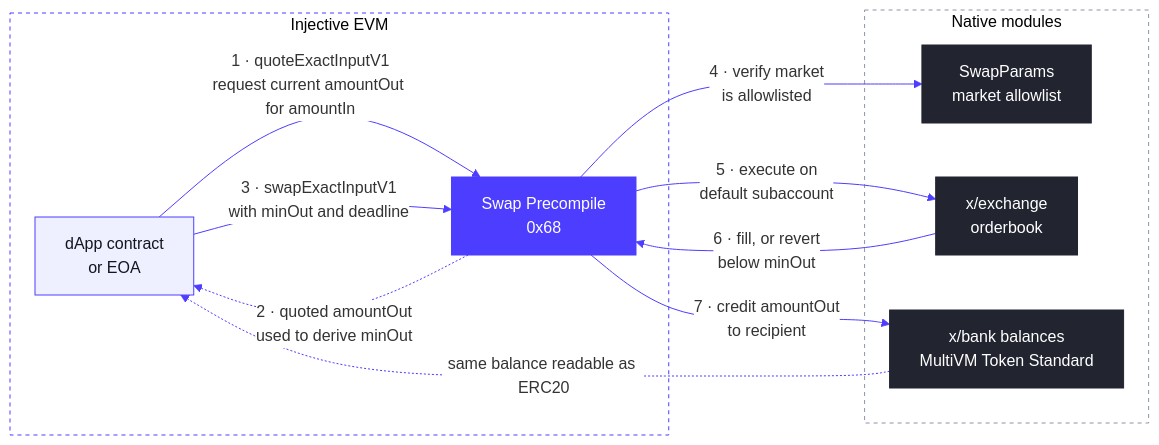
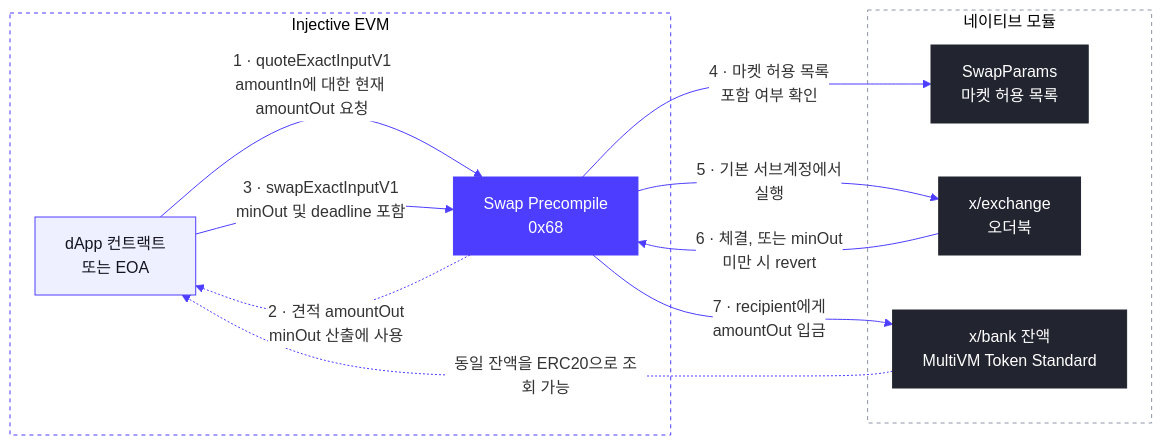
One commit to InjectiveLabs/injective-docs changed the diagram in .gitbook/ko/developers-evm/swap-precompile.mdx. Above: the diagram before and after it, drawn with Mermaid. The commit also changed other lines of this file and 2 other files, not shown here.

Commit message:
docs: translate swap precompile rollout banner and localnet demo note (zh-Hans, ko, jp)

````diff
--- a/.gitbook/ko/developers-evm/swap-precompile.mdx
+++ b/.gitbook/ko/developers-evm/swap-precompile.mdx
@@ -16,30 +20,30 @@
 ```mermaid
 %%{init: {"theme": "base", "themeVariables": {"background": "#FFFFFF", "primaryColor": "#FFFFFF", "lineColor": "#4D3DFF", "textColor": "#14151F"}}}%%
 flowchart LR
     subgraph EVM["Injective EVM"]
-        CALLER["dApp contract<br/>or EOA"]
+        CALLER["dApp 컨트랙트<br/>또는 EOA"]
         SWAP["Swap Precompile<br/>0x68"]
     end
-    subgraph NATIVE["Native modules"]
-        PARAMS["SwapParams<br/>market allowlist"]
-        EXCH["x/exchange<br/>orderbook"]
-        BANK["x/bank balances<br/>MultiVM Token Standard"]
+    subgraph NATIVE["네이티브 모듈"]
+        PARAMS["SwapParams<br/>마켓 허용 목록"]
+        EXCH["x/exchange<br/>오더북"]
+        BANK["x/bank 잔액<br/>MultiVM Token Standard"]
     end
-    CALLER -->|"1 · quoteExactInputV1<br/>request current amountOut for amountIn"| SWAP
-    SWAP -.->|"2 · quoted amountOut<br/>used to derive minOut"| CALLER
-    CALLER -->|"3 · swapExactInputV1<br/>with minOut and deadline"| SWAP
-    SWAP -->|"4 · verify market<br/>is allowlisted"| PARAMS
-    SWAP -->|"5 · execute on<br/>default subaccount"| EXCH
-    EXCH -->|"6 · fill, or revert<br/>below minOut"| SWAP
-    SWAP -->|"7 · credit amountOut<br/>to recipient"| BANK
-    BANK -.->|"same balance readable as ERC20"| CALLER
+    CALLER -->|"1 · quoteExactInputV1<br/>amountIn에 대한 현재 amountOut 요청"| SWAP
+    SWAP -.->|"2 · 견적 amountOut<br/>minOut 산출에 사용"| CALLER
+    CALLER -->|"3 · swapExactInputV1<br/>minOut 및 deadline 포함"| SWAP
+    SWAP -->|"4 · 마켓 허용 목록<br/>포함 여부 확인"| PARAMS
+    SWAP -->|"5 · 기본 서브계정에서<br/>실행"| EXCH
+    EXCH -->|"6 · 체결, 또는 minOut<br/>미만 시 revert"| SWAP
+    SWAP -->|"7 · recipient에게<br/>amountOut 입금"| BANK
+    BANK -.->|"동일 잔액을 ERC20으로 조회 가능"| CALLER
 
     classDef caller fill:#EEF0FF,stroke:#4D3DFF,color:#14151F
     classDef precompile fill:#4D3DFF,stroke:#4D3DFF,color:#FFFFFF
     classDef native fill:#222530,stroke:#222530,color:#FFFFFF
     class CALLER caller
     class SWAP precompile
     class PARAMS,EXCH,BANK native
     style EVM fill:#FFFFFF,stroke:#4D3DFF,stroke-dasharray:4
     style NATIVE fill:#FFFFFF,stroke:#8B94A7,stroke-dasharray:4
 ```
````
